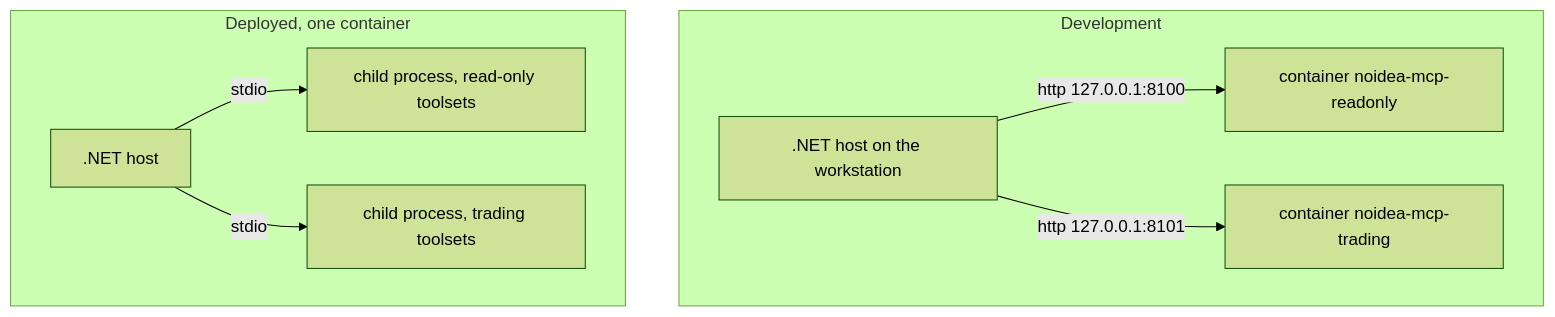
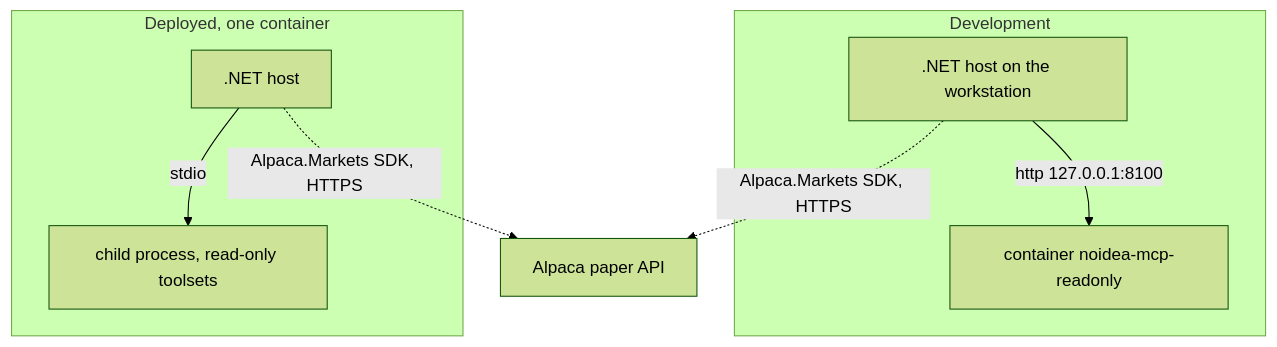
The diagram in .lode/alpaca/mcp-run-modes.md (xakpc/Alpaca.NoIdea), drawn with Mermaid (forest theme) before and after one commit. The commit also changed other lines of this file and 8 other files, not shown here.

````diff
--- a/.lode/alpaca/mcp-run-modes.md
+++ b/.lode/alpaca/mcp-run-modes.md
@@ -14,13 +12,13 @@
 ```mermaid
 flowchart TB
     subgraph DEV["Development"]
         H1[".NET host on the workstation"]
         H1 -->|http 127.0.0.1:8100| C1["container noidea-mcp-readonly"]
-        H1 -->|http 127.0.0.1:8101| C2["container noidea-mcp-trading"]
     end
     subgraph DEP["Deployed, one container"]
         H2[".NET host"]
         H2 -->|stdio| P1["child process, read-only toolsets"]
-        H2 -->|stdio| P2["child process, trading toolsets"]
     end
+    H1 -.->|Alpaca.Markets SDK, HTTPS| A1["Alpaca paper API"]
+    H2 -.->|Alpaca.Markets SDK, HTTPS| A1
 ```
````
